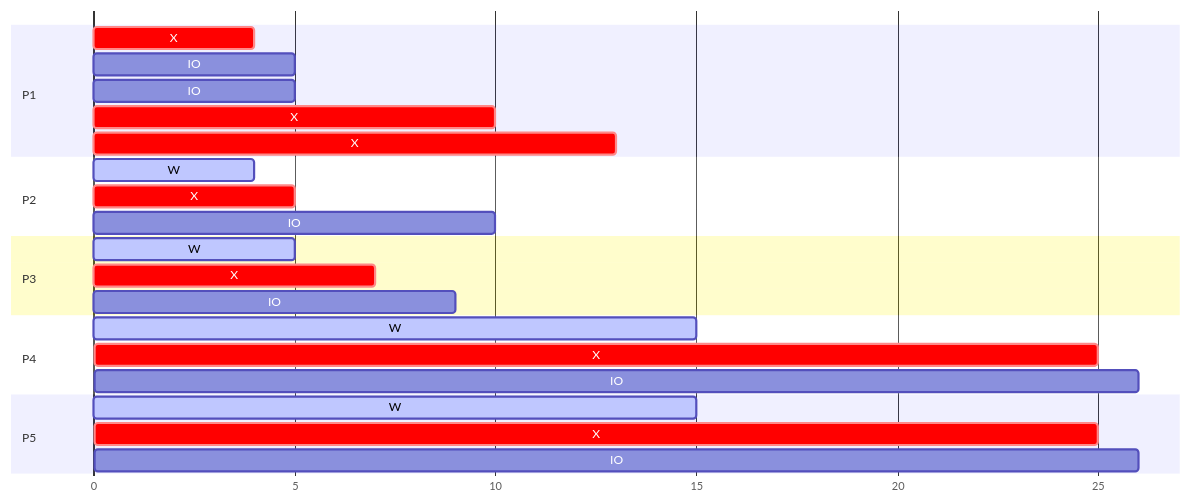
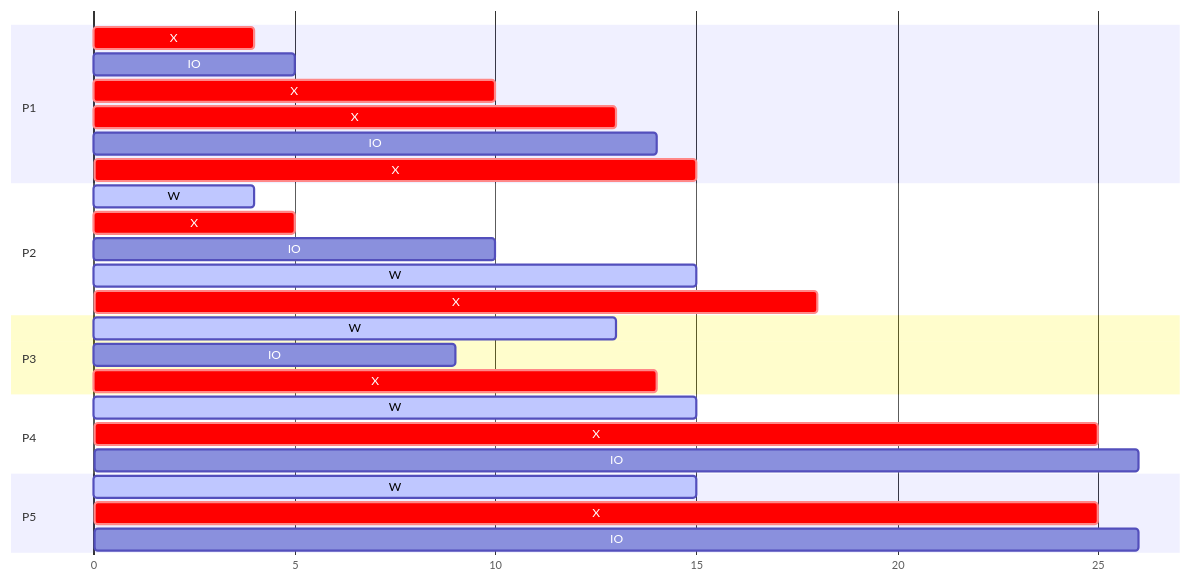
Before and after one commit to angelromarco04/MyNotes: the second of 2 diagrams in CS/OS/data/25_scheduling.md, drawn with Mermaid.

Commit message:
vault backup: 2024-03-27 18:36:32

````diff
--- a/CS/OS/data/25_scheduling.md
+++ b/CS/OS/data/25_scheduling.md
@@ -138,33 +138,36 @@
 ```mermaid
 ---
 displayMode: compact
 ---
 gantt
     dateFormat X
     axisFormat %s
     
     section P1
         X       : crit, a, 0, 4
         IO      : a, 4, 5
 		X       : crit, a, 5, 10
 		X       : crit, a, 10, 13
-		IO      : a, 4, 5
+		IO      : a, 13, 14
+		X       : crit, a, 14, 15
     section P2
 	    W       : active, b, 2, 4
 	    X       : crit, b, 4, 5
 	    IO      : b, 5, 10
+	    W       : active, b, 10, 15
+	    X       : crit, b, 15, 18
 	section P3
-		W       : active, c, 4, 5
-		X       : crit, c, 5, 7
+		W       : active, c, 4, 13
+		X       : crit, c, 13, 14
 	    IO      : c, 7, 9
 	section P4
 		W       : active, d, 6, 15
 		X       : crit, d, 15, 25
 		IO      : d, 25, 26
 
 	section P5
 		W       : active, e, 6, 15
 		X       : crit, e, 15, 25
 		IO      : e, 25, 26
 
 ```
````
